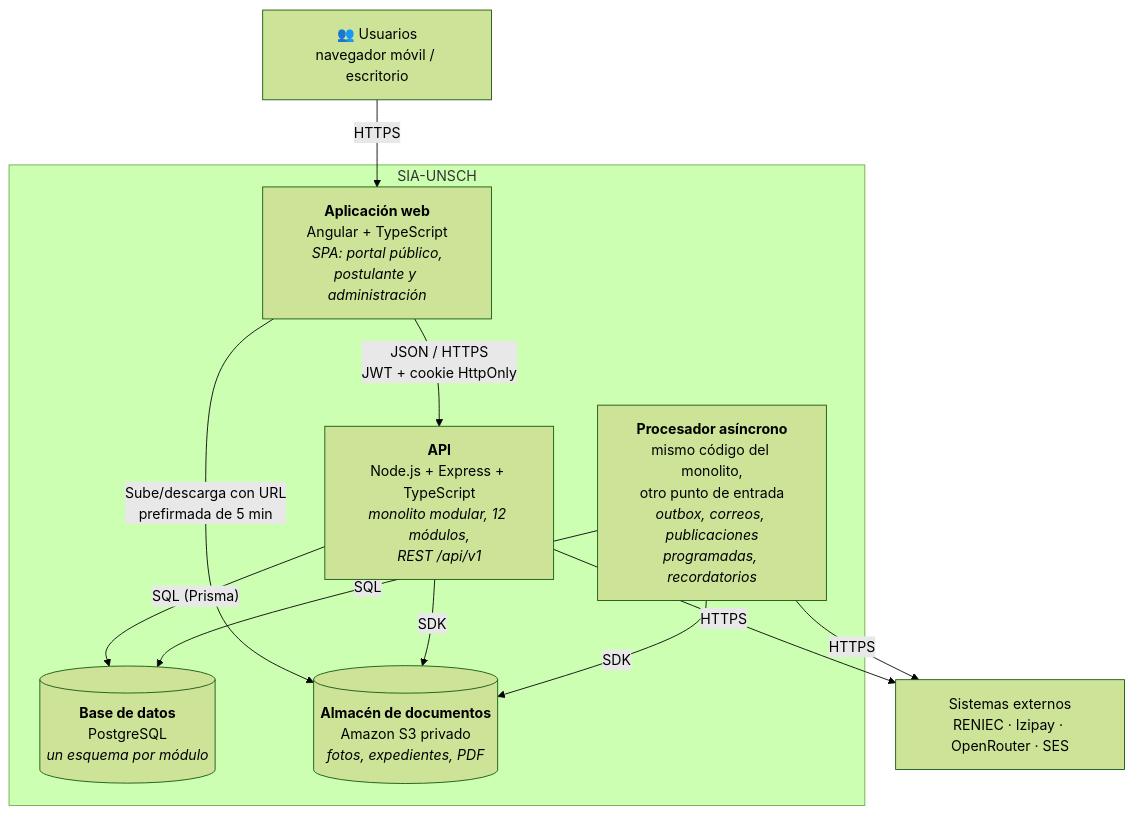
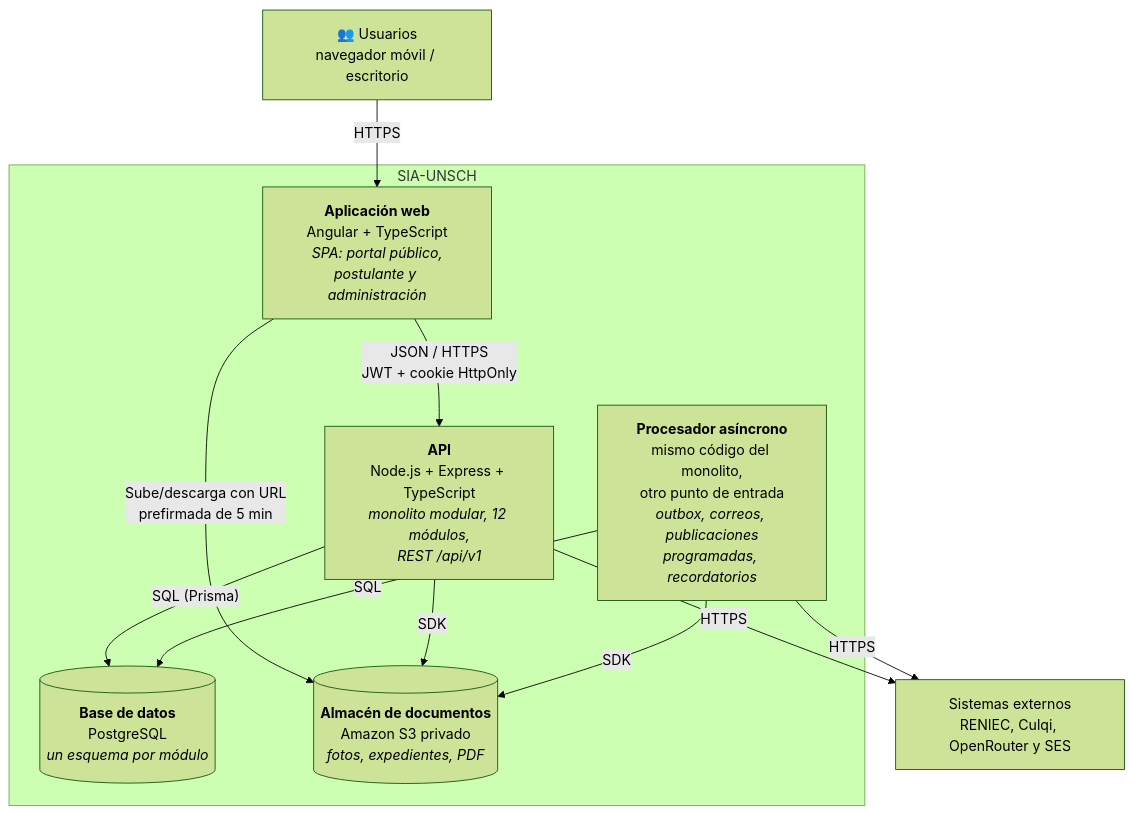
One commit to DiegoCoras06/sia-unsch-admision changed the second of 7 diagrams in docs/arquitectura.md. Above: the diagram before and after it, drawn with Mermaid (forest theme). The commit also changed other lines of this file and 66 other files, not shown here.

````diff
--- a/docs/arquitectura.md
+++ b/docs/arquitectura.md
@@ -67,24 +67,24 @@
 ```mermaid
 flowchart TB
   USER["👥 Usuarios<br/>navegador móvil / escritorio"]
 
   subgraph SIA["SIA-UNSCH"]
     SPA["<b>Aplicación web</b><br/>Angular + TypeScript<br/><i>SPA: portal público,<br/>postulante y administración</i>"]
     API["<b>API</b><br/>Node.js + Express + TypeScript<br/><i>monolito modular, 12 módulos,<br/>REST /api/v1</i>"]
     WORKER["<b>Procesador asíncrono</b><br/>mismo código del monolito,<br/>otro punto de entrada<br/><i>outbox, correos, publicaciones<br/>programadas, recordatorios</i>"]
     DB[("<b>Base de datos</b><br/>PostgreSQL<br/><i>un esquema por módulo</i>")]
     FILES[("<b>Almacén de documentos</b><br/>Amazon S3 privado<br/><i>fotos, expedientes, PDF</i>")]
   end
 
-  EXT["Sistemas externos<br/>RENIEC · Izipay · OpenRouter · SES"]
+  EXT["Sistemas externos<br/>RENIEC, Culqi, OpenRouter y SES"]
 
   USER -->|"HTTPS"| SPA
   SPA -->|"JSON / HTTPS<br/>JWT + cookie HttpOnly"| API
   SPA -->|"Sube/descarga con URL<br/>prefirmada de 5 min"| FILES
   API -->|"SQL (Prisma)"| DB
   API -->|"SDK"| FILES
   API -->|"HTTPS"| EXT
   WORKER -->|"SQL"| DB
   WORKER -->|"HTTPS"| EXT
   WORKER -->|"SDK"| FILES
 ```
````
